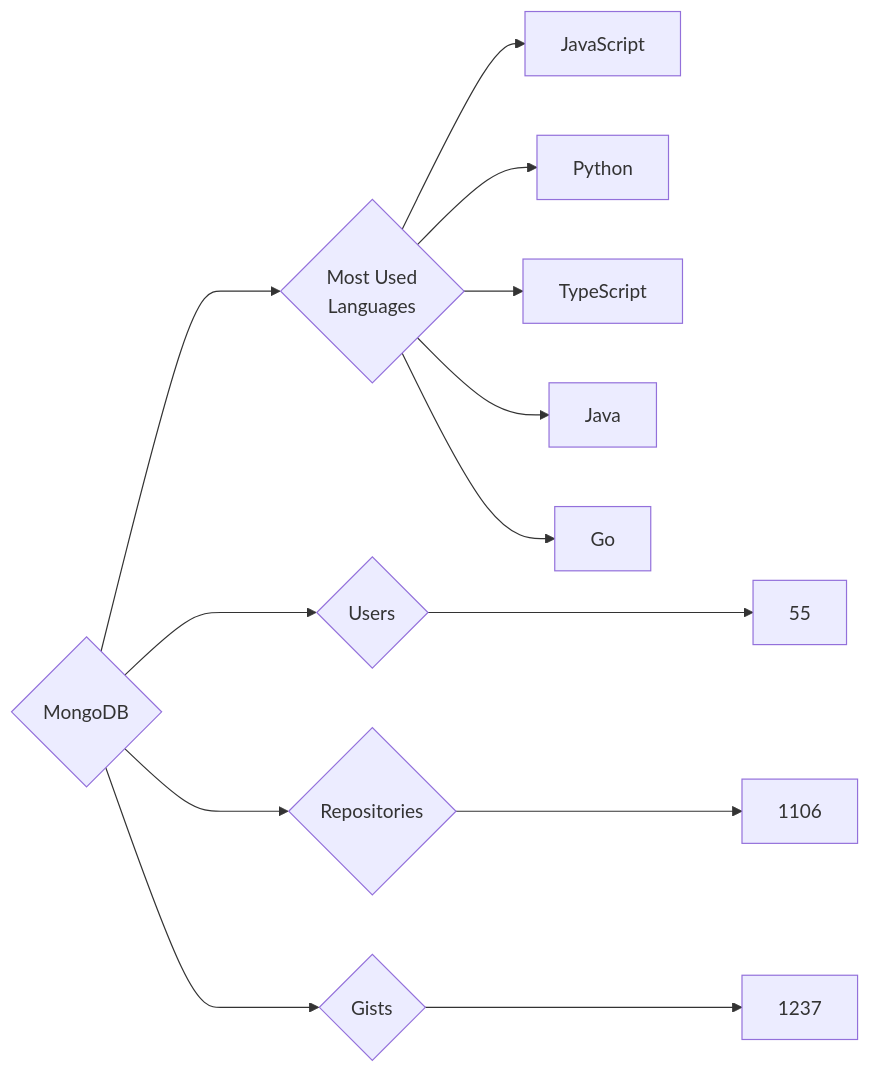
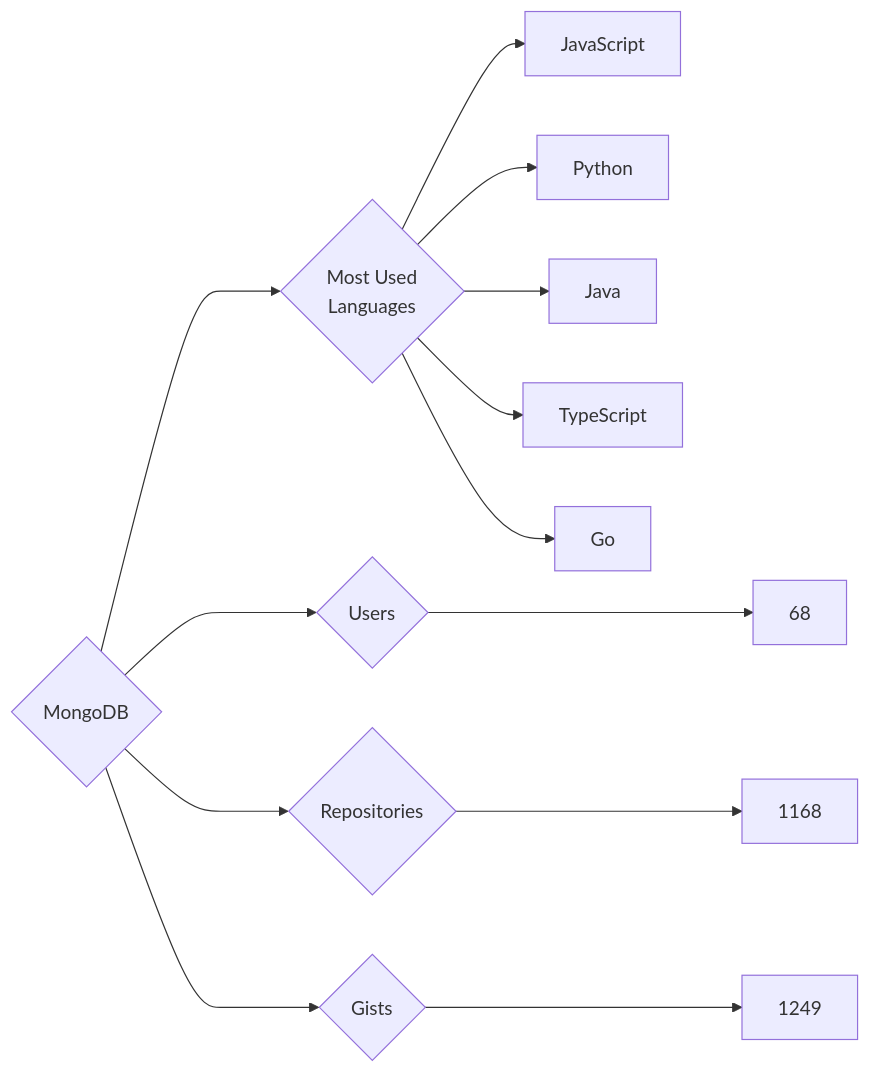
One commit to trickest/insiders changed the diagram in targets/MongoDB/README.md. Above: the diagram before and after it, drawn with Mermaid. The commit also changed 878 other files, not shown here.

````diff
--- a/targets/MongoDB/README.md
+++ b/targets/MongoDB/README.md
@@ -3,13 +3,13 @@
 ```mermaid
 graph LR
 COMPANY_NAME{MongoDB}
-COMPANY_NAME ---> U{Users} ---> UN[55]
-COMPANY_NAME ---> R{Repositories} ---> RN[1106]
-COMPANY_NAME ---> G{Gists} ---> GN[1237]
+COMPANY_NAME ---> U{Users} ---> UN[68]
+COMPANY_NAME ---> R{Repositories} ---> RN[1168]
+COMPANY_NAME ---> G{Gists} ---> GN[1249]
 COMPANY_NAME ---> ML{Most Used<br>Languages}
 ML --> JavaScript[JavaScript]
 ML --> Python[Python]
+ML --> Java[Java]
 ML --> TypeScript[TypeScript]
-ML --> Java[Java]
 ML --> Go[Go]
 ```
````
